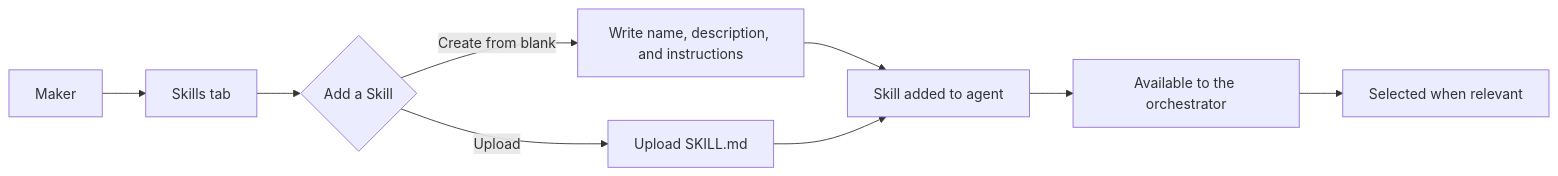
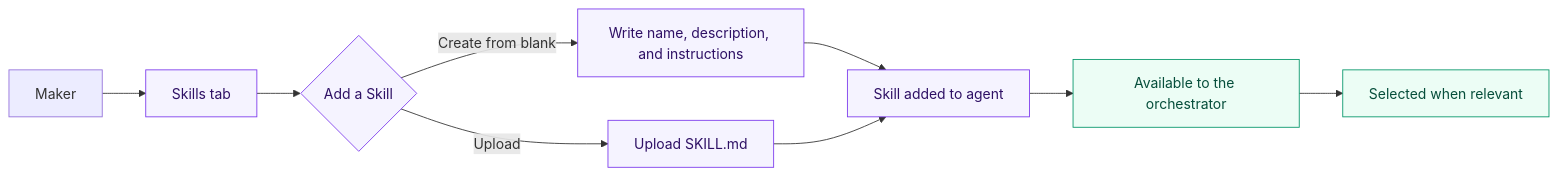
One commit to microsoft/mcscatblog changed the first of 4 diagrams in _posts/2026-06-08-copilot-studio-skills-procedural-memory.md. Above: the diagram before and after it, drawn with Mermaid. The commit also changed other lines of this file, not shown here.

Commit message:
Update Copilot Studio Skills post draft

````diff
--- a/_posts/2026-06-08-copilot-studio-skills-procedural-memory.md
+++ b/_posts/2026-06-08-copilot-studio-skills-procedural-memory.md
@@ -38,11 +38,16 @@
 ```mermaid
 flowchart LR
     Maker[Maker] --> SkillsTab[Skills tab]
     SkillsTab --> Choice{Add a Skill}
     Choice -- Create from blank --> Blank[Write name, description, and instructions]
     Choice -- Upload --> Upload[Upload SKILL.md]
     Blank --> AgentSkill[Skill added to agent]
     Upload --> AgentSkill
     AgentSkill --> Runtime[Available to the orchestrator]
     Runtime --> Selected[Selected when relevant]
+
+    classDef skill fill:#f5f3ff,stroke:#7c3aed,color:#2e1065
+    classDef runtime fill:#ecfdf5,stroke:#059669,color:#064e3b
+    class SkillsTab,Choice,Blank,Upload,AgentSkill skill
+    class Runtime,Selected runtime
 ```
````
